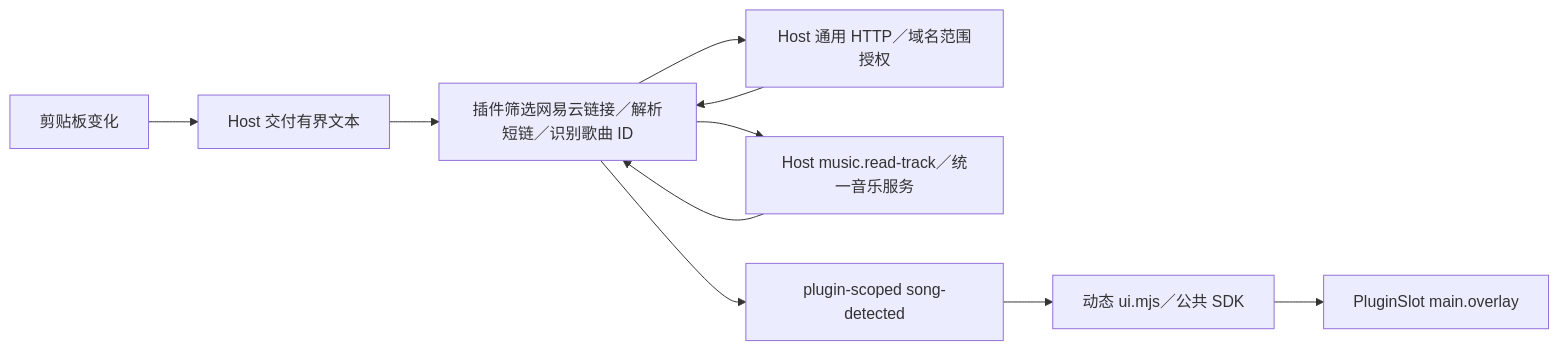
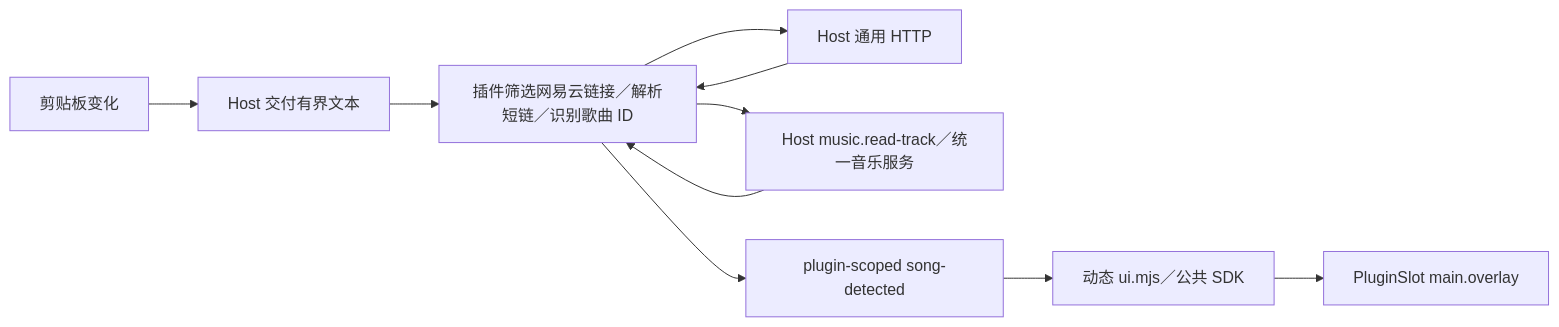
One commit to Miaoyww/NonsPlayer changed the diagram in docs/plugins.md. Above: the diagram before and after it, drawn with Mermaid. The commit also changed other lines of this file and 37 other files, not shown here.

````diff
--- a/docs/plugins.md
+++ b/docs/plugins.md
@@ -167,12 +167,12 @@
 ```mermaid
 flowchart LR
   C[剪贴板变化] --> H[Host 交付有界文本]
   H --> W[插件筛选网易云链接／解析短链／识别歌曲 ID]
-  W --> R[Host 通用 HTTP／域名范围授权]
+  W --> R[Host 通用 HTTP]
   R --> W
   W --> N[Host music.read-track／统一音乐服务]
   N --> W
   W --> E[plugin-scoped song-detected]
   E --> U[动态 ui.mjs／公共 SDK]
   U --> S[PluginSlot main.overlay]
 ```
````
